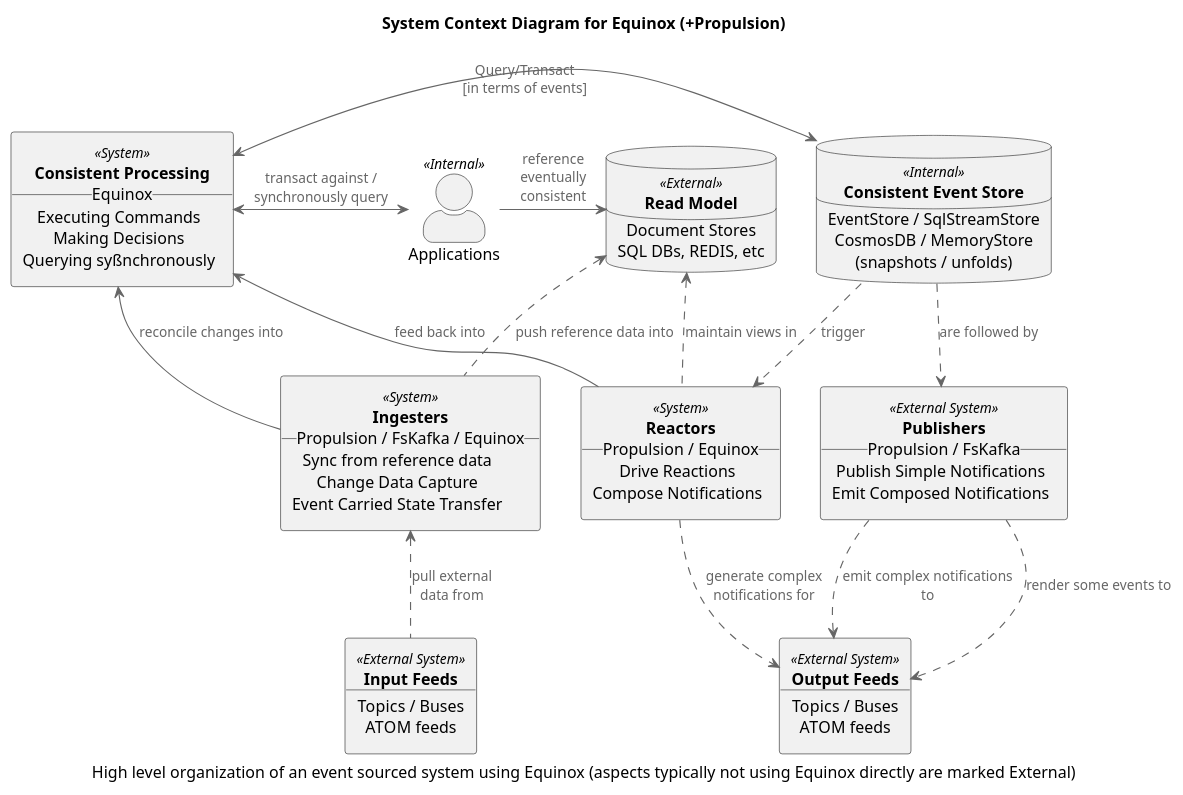
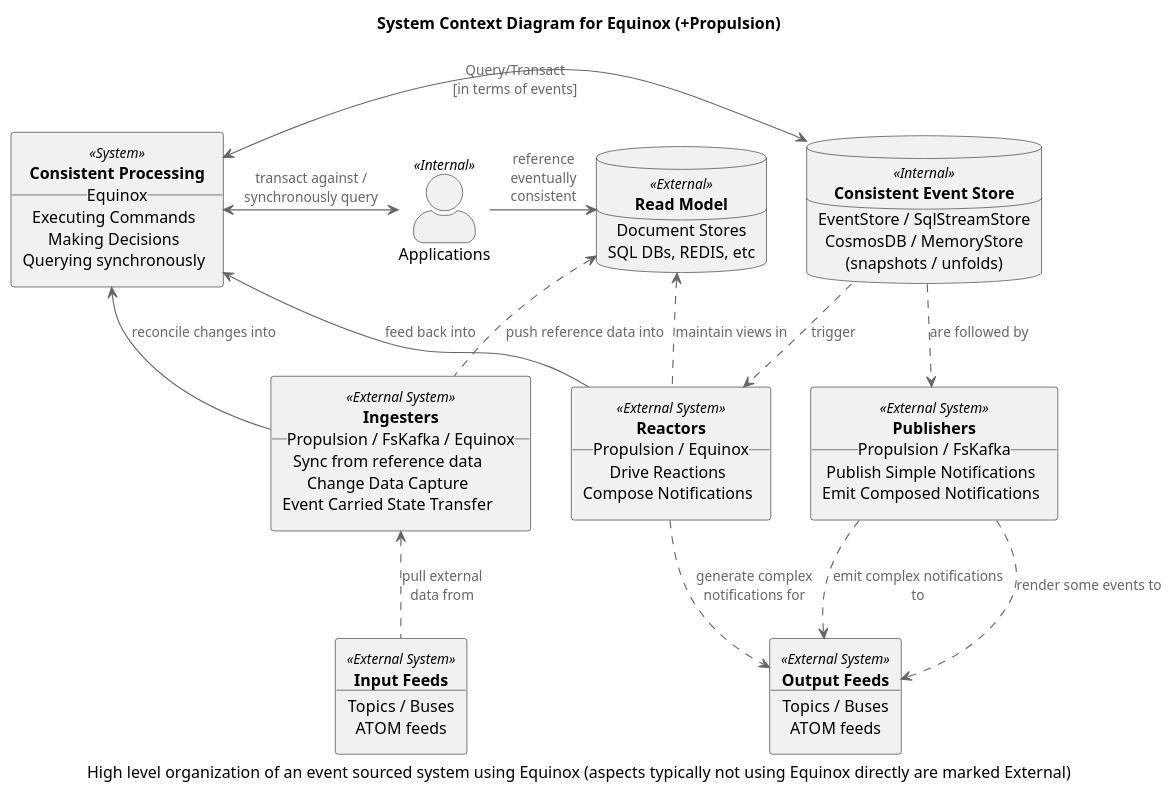
The diagram in diagrams/context.puml (jet/equinox), drawn with PlantUML before and after one commit. The commit also changed 1 other file, not shown here.

```diff
--- a/diagrams/context.puml
+++ b/diagrams/context.puml
@@ -1,87 +1,87 @@
 @startuml
 !includeurl https://raw.githubusercontent.com/skleanthous/C4-PlantumlSkin/master/build/output/c4.puml
 
 title System Context Diagram for Equinox (+Propulsion)
 caption High level organization of an event sourced system using Equinox (aspects typically not using Equinox directly are marked External)
 
 actor "Applications" <<Internal>> as apps
 
 rectangle services <<System>> [
     **Consistent Processing**
     __Equinox__
     Executing Commands
     Making Decisions
-    Querying syßnchronously
+    Querying synchronously
 ]
 
 database stores <<Internal>> [
     **Consistent Event Store**
     ____
     EventStore / SqlStreamStore
     CosmosDB / MemoryStore
     (snapshots / unfolds)
 ]
 
 database caches <<External>> [
     **Read Model**
     ____
     Document Stores 
     SQL DBs, REDIS, etc
 ]
 
 together {
-    rectangle ingesters <<System>> [
+    rectangle ingesters <<External System>> [
         **Ingesters**
         __Propulsion / FsKafka / Equinox__
         Sync from reference data
         Change Data Capture
         Event Carried State Transfer
     ]
-    rectangle reactors <<System>> [
+    rectangle reactors <<External System>> [
         **Reactors**
         __Propulsion / Equinox__
         Drive Reactions
         Compose Notifications
     ]
     rectangle publishers <<External System>> [
         **Publishers**
         __Propulsion / FsKafka__
         Publish Simple Notifications
         Emit Composed Notifications
     ]
 }
 
 rectangle inputs <<External System>> [
     **Input Feeds**
     ____
     Topics / Buses
     ATOM feeds 
 ]
 
 rectangle outputs <<External System>> [
     **Output Feeds**
     ____
     Topics / Buses
     ATOM feeds
 ]
 
 apps          -> caches     : reference\neventually\nconsistent
 apps       <-L-> services   : transact against /\nsynchronously query
 
 services   <-R-> stores     : Query/Transact\n[in terms of events]
 
 stores       ..> publishers : are followed by
 stores       ..> reactors   : trigger
 
+ingesters  <..   inputs     : pull external\ndata from
+ingesters    --> services   : reconcile changes into
+ingesters   .U.> caches     : push reference data into
+
 reactors     --> services   : feed back into
 reactors     ..> outputs    : generate complex\nnotifications for
 reactors    .U.> caches     : maintain views in
 
 publishers   ..> outputs    : emit complex notifications to
 publishers   ..> outputs    : render some events to
 
-ingesters  <..   inputs     : pull external\ndata from
-ingesters    --> services   : reconcile changes into
-ingesters   .U.> caches     : push reference data into
-
 @enduml
```
